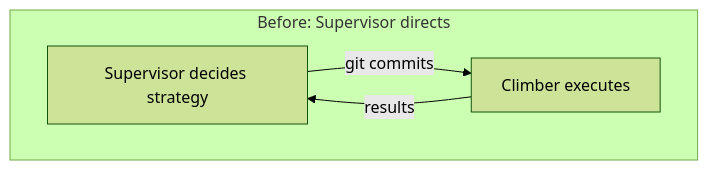
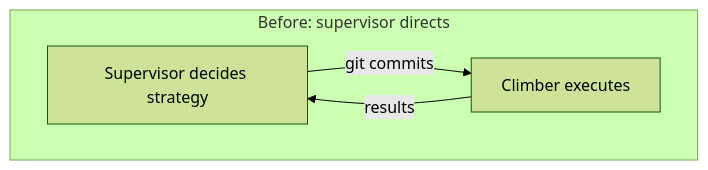
One commit to tkellogg/tkellogg.github.com changed the fourth of 5 diagrams in _posts/2026-04-12-agents-create-work.md. Above: the diagram before and after it, drawn with Mermaid (forest theme). The commit also changed other lines of this file, not shown here.

First line of the commit message:
blog: restructure with chiastic two-thread architecture

````diff
--- a/_posts/2026-04-12-agents-create-work.md
+++ b/_posts/2026-04-12-agents-create-work.md
@@ -187,7 +130,7 @@
 ```mermaid
 graph TD
-    subgraph "Before: Supervisor directs"
+    subgraph "Before: supervisor directs"
         S1[Supervisor decides strategy] -->|git commits| C1[Climber executes]
         C1 -->|results| S1
     end
 ```
````
